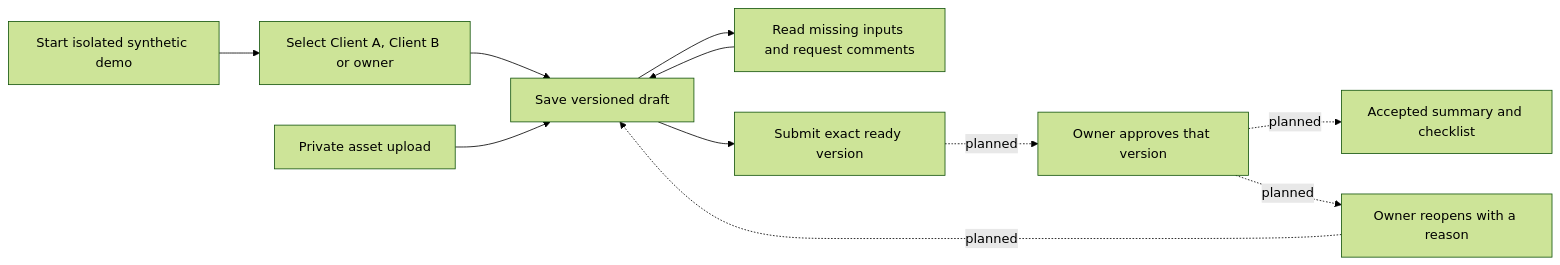
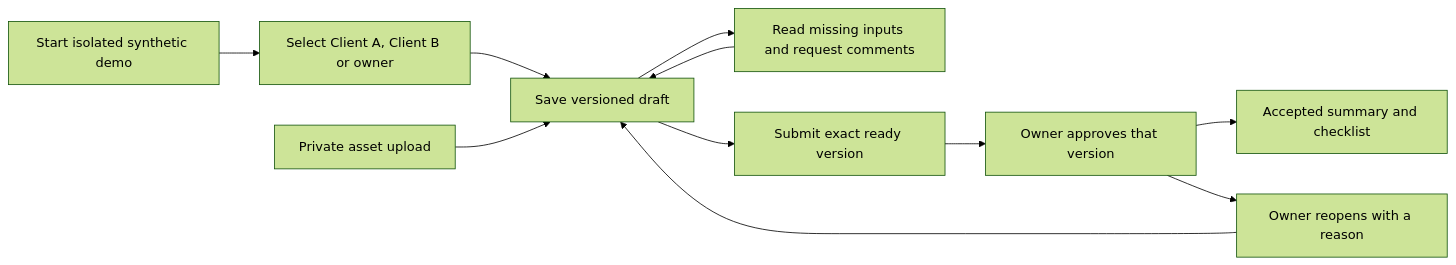
The second of 4 diagrams in docs/how-it-works.md (mosalah-77/onboarding-portal), drawn with Mermaid (forest theme) before and after one commit. The commit also changed other lines of this file and 12 other files, not shown here.

````diff
--- a/docs/how-it-works.md
+++ b/docs/how-it-works.md
@@ -33,13 +33,13 @@
 ```mermaid
 flowchart LR
   A[Start isolated synthetic demo] --> B[Select Client A, Client B or owner]
   B --> C[Save versioned draft]
   C --> D[Read missing inputs and request comments]
   D --> C
   C --> E[Submit exact ready version]
-  E -. planned .-> F[Owner approves that version]
-  F -. planned .-> G[Accepted summary and checklist]
-  F -. planned .-> H[Owner reopens with a reason]
-  H -. planned .-> C
+  E --> F[Owner approves that version]
+  F --> G[Accepted summary and checklist]
+  F --> H[Owner reopens with a reason]
+  H --> C
   U[Private asset upload] --> C
 ```
````
